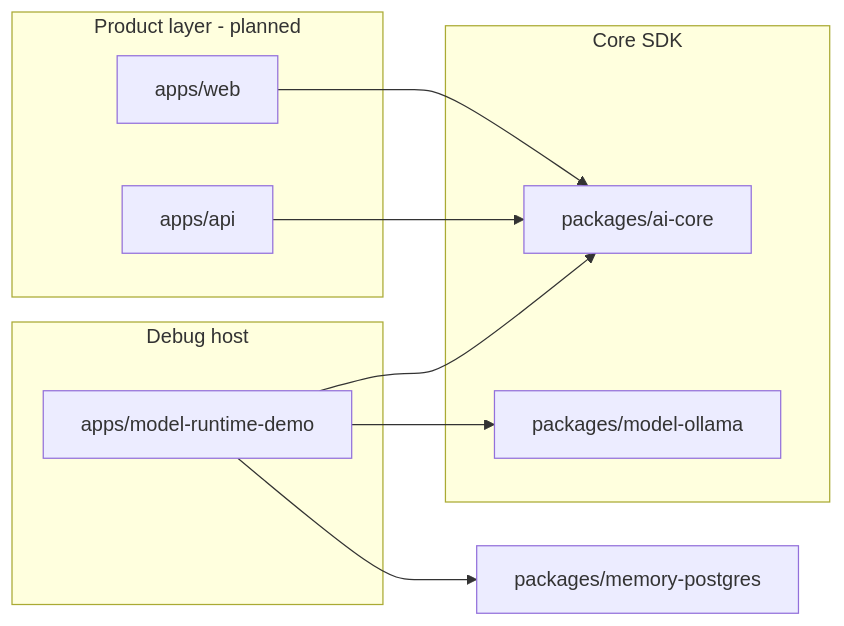
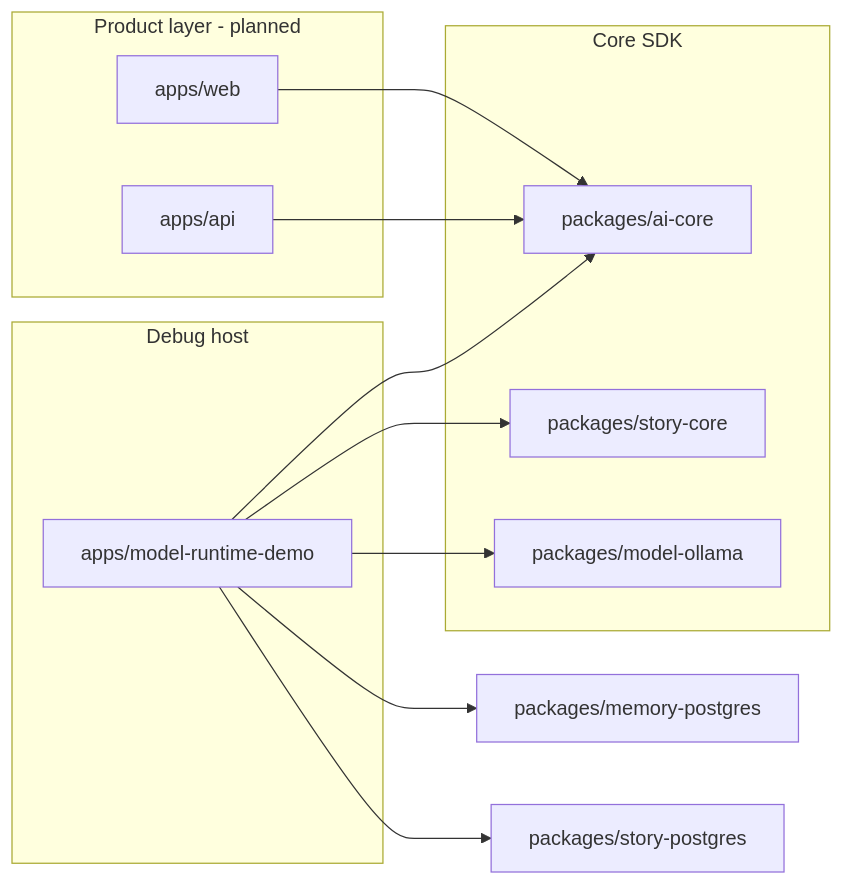
One commit to KRISACHAN/ying-ai changed the diagram in README.md. Above: the diagram before and after it, drawn with Mermaid. The commit also changed other lines of this file and 28 other files, not shown here.

````diff
--- a/README.md
+++ b/README.md
@@ -29,19 +31,22 @@
 ```mermaid
 flowchart LR
   subgraph product [Product layer - planned]
     Web[apps/web]
     API[apps/api]
   end
   subgraph core [Core SDK]
     AiCore[packages/ai-core]
+    StoryCore[packages/story-core]
     Ollama[packages/model-ollama]
   end
   subgraph debug [Debug host]
     Demo[apps/model-runtime-demo]
   end
   Web --> AiCore
   API --> AiCore
   Demo --> AiCore
   Demo --> Ollama
   Demo --> MemoryPostgres[packages/memory-postgres]
+  Demo --> StoryCore
+  Demo --> StoryPostgres[packages/story-postgres]
 ```
````
